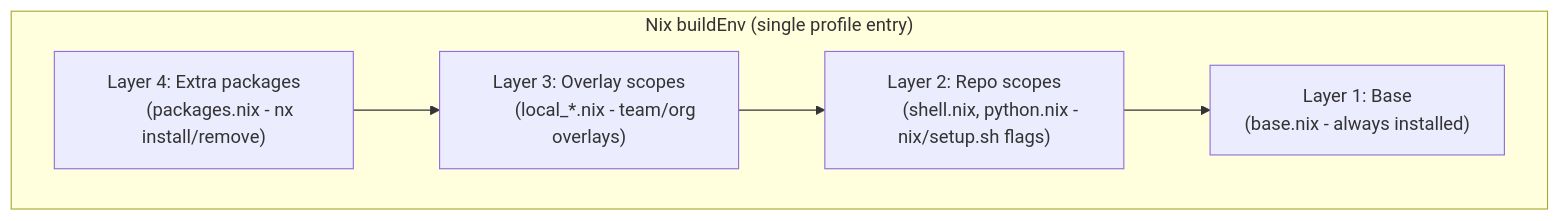
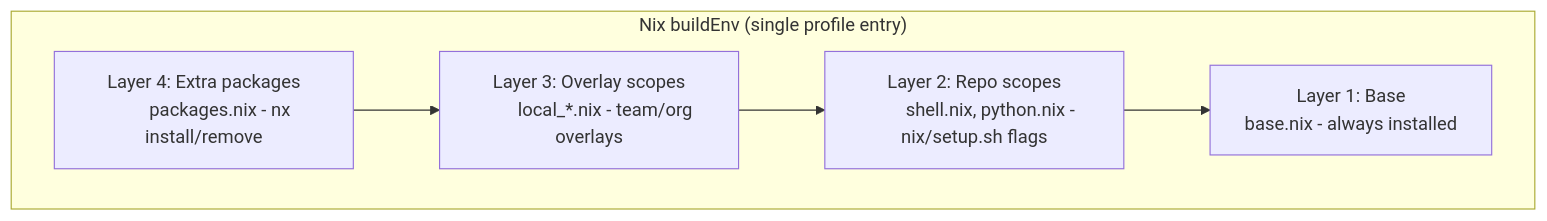
The fourth of 6 diagrams in docs/architecture.md (szymonos/envy-nx), drawn with Mermaid before and after one commit. The commit also changed other lines of this file, not shown here.

First line of the commit message:
docs(architecture): expand user-facing page with daily-use sections

````diff
--- a/docs/architecture.md
+++ b/docs/architecture.md
@@ -71,15 +153,15 @@
 ```mermaid
 graph TD
     subgraph "Nix buildEnv (single profile entry)"
         L4["Layer 4: Extra packages
-        (packages.nix - nx install/remove)"]
+        packages.nix - nx install/remove"]
         L3["Layer 3: Overlay scopes
-        (local_*.nix - team/org overlays)"]
+        local_*.nix - team/org overlays"]
         L2["Layer 2: Repo scopes
-        (shell.nix, python.nix - nix/setup.sh flags)"]
+        shell.nix, python.nix - nix/setup.sh flags"]
         L1["Layer 1: Base
-        (base.nix - always installed)"]
+        base.nix - always installed"]
     end
 
     L4 --> L3 --> L2 --> L1
 ```
````
